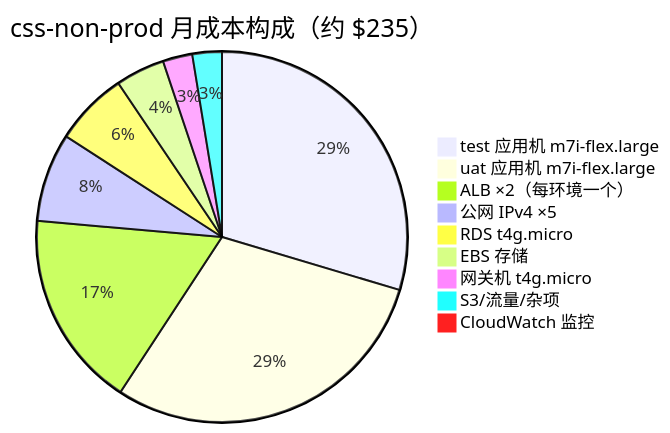
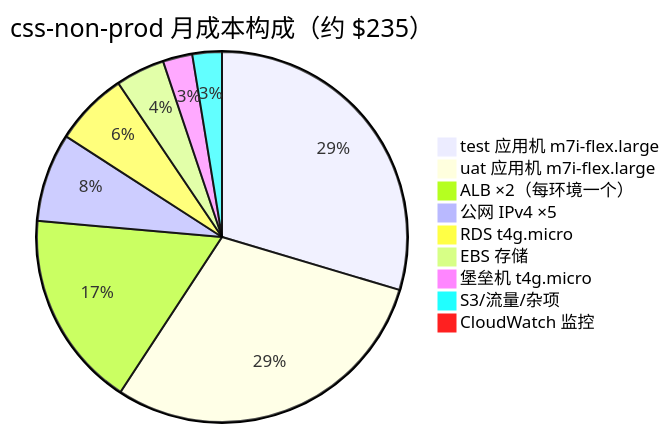
One commit to WenchaoChen1/CSS changed the first of 2 diagrams in docs/环境/成本价格表.md. Above: the diagram before and after it, drawn with Mermaid. The commit also changed other lines of this file and 16 other files, not shown here.

````diff
--- a/docs/环境/成本价格表.md
+++ b/docs/环境/成本价格表.md
@@ -52,12 +58,12 @@
 ```mermaid
 pie title css-non-prod 月成本构成（约 $235）
     "test 应用机 m7i-flex.large" : 69
     "uat 应用机 m7i-flex.large" : 69
     "ALB ×2（每环境一个）" : 40
     "公网 IPv4 ×5" : 18
     "RDS t4g.micro" : 15
     "EBS 存储" : 10
-    "网关机 t4g.micro" : 6
+    "堡垒机 t4g.micro" : 6
     "S3/流量/杂项" : 6
     "CloudWatch 监控" : 2
 ```
````
